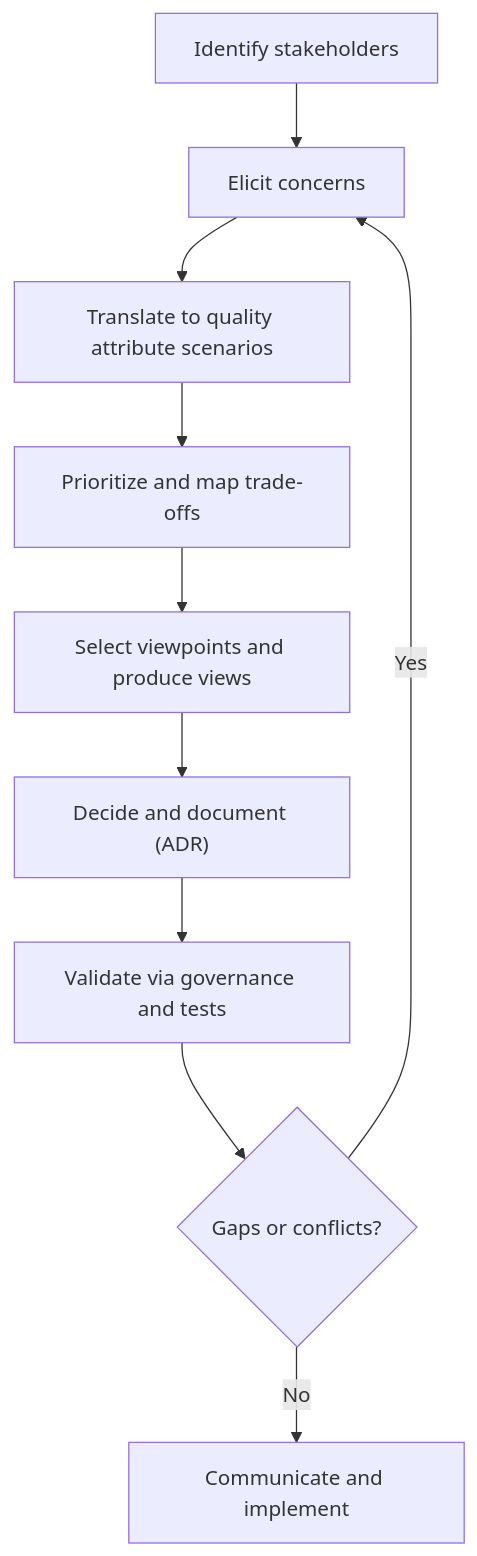
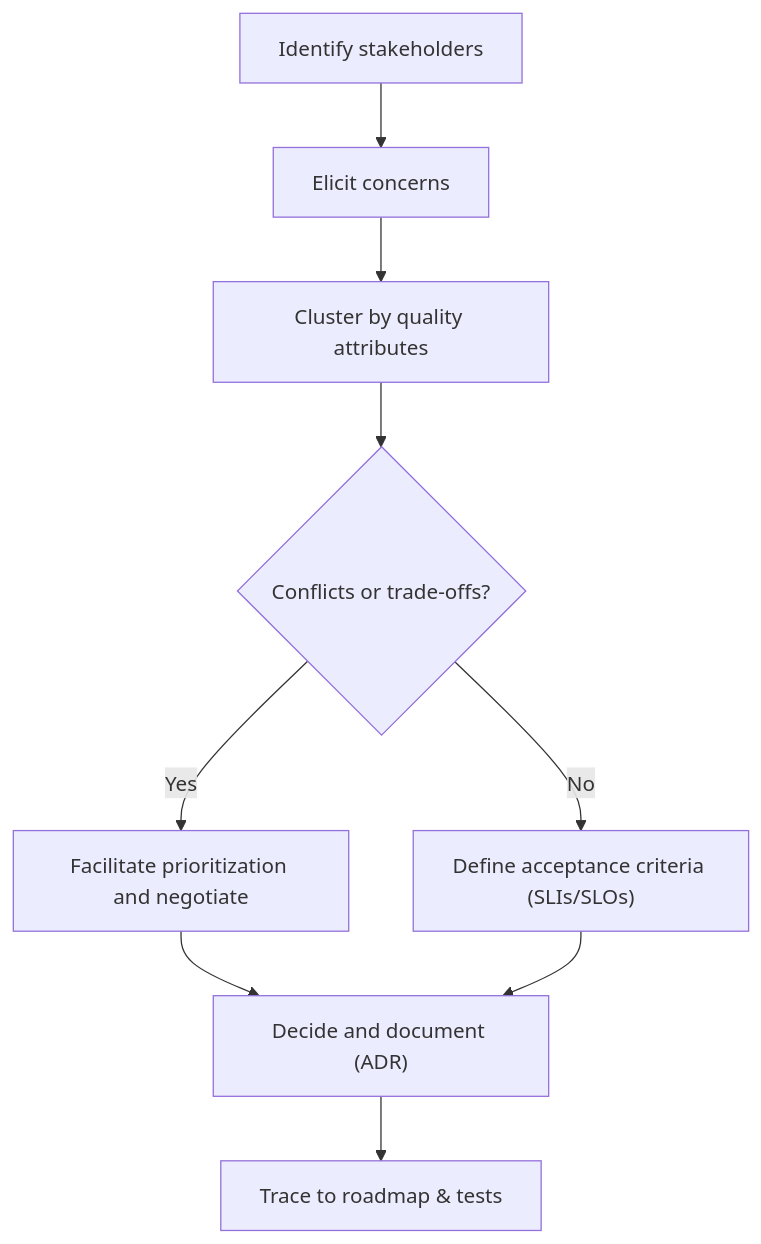
The diagram in docs/foundational-concepts/what-is-software-architecture/stakeholders-and-concerns.mdx (archman-dev/website), drawn with Mermaid before and after one commit. The commit also changed other lines of this file and 14 other files, not shown here.

````diff
--- a/docs/foundational-concepts/what-is-software-architecture/stakeholders-and-concerns.mdx
+++ b/docs/foundational-concepts/what-is-software-architecture/stakeholders-and-concerns.mdx
@@ -51,12 +85,11 @@
 ```mermaid
 flowchart TB
   A["Identify stakeholders"] --> B["Elicit concerns"]
-  B --> C["Translate to quality attribute scenarios"]
-  C --> D["Prioritize and map trade-offs"]
-  D --> E["Select viewpoints and produce views"]
-  E --> F["Decide and document (ADR)"]
-  F --> G["Validate via governance and tests"]
-  G --> H{"Gaps or conflicts?"}
-  H -- Yes --> B
-  H -- No --> I["Communicate and implement"]
+  B --> C["Cluster by quality attributes"]
+  C --> D{"Conflicts or trade-offs?"}
+  D -- Yes --> E["Facilitate prioritization and negotiate"]
+  D -- No --> F["Define acceptance criteria (SLIs/SLOs)"]
+  E --> G["Decide and document (ADR)"]
+  F --> G["Decide and document (ADR)"]
+  G --> H["Trace to roadmap & tests"]
 ```
````
